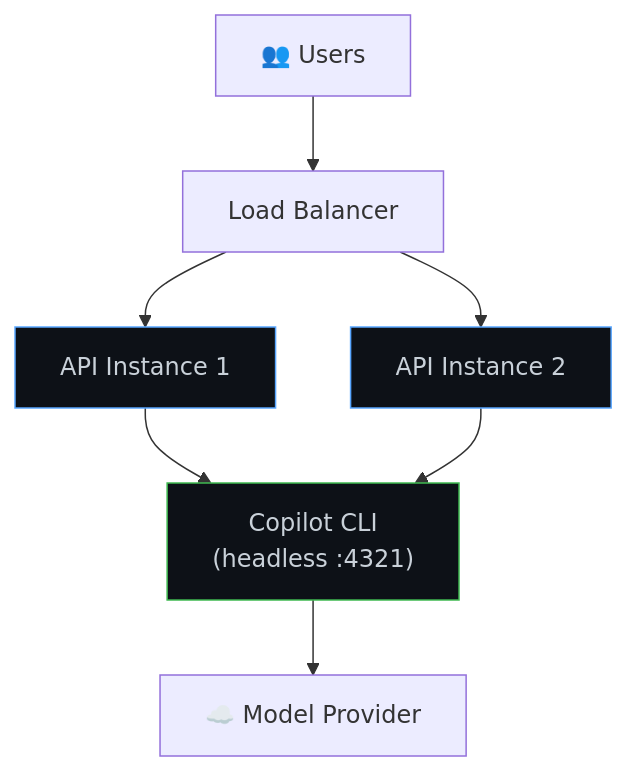
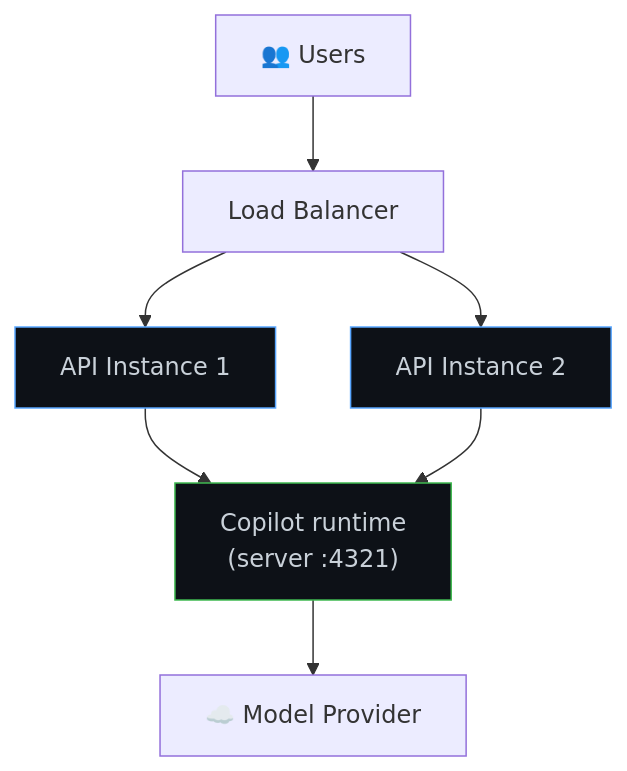
Before and after one commit to jeremiahjordanisaacson/copilot-sdk-supercharged: the fourth of 5 diagrams in docs/setup/backend-services.md, drawn with Mermaid. The commit also changed other lines of this file and 35 other files, not shown here.

````diff
--- a/docs/setup/backend-services.md
+++ b/docs/setup/backend-services.md
@@ -507,15 +517,15 @@
 ```mermaid
 flowchart TB
     Users["👥 Users"] --> LB["Load Balancer"]
     LB --> API1["API Instance 1"]
     LB --> API2["API Instance 2"]
 
-    API1 --> CLI["Copilot CLI<br/>(headless :4321)"]
-    API2 --> CLI
+    API1 --> Runtime["Copilot runtime<br/>(server :4321)"]
+    API2 --> Runtime
 
-    CLI --> Cloud["☁️ Model Provider"]
+    Runtime --> Cloud["☁️ Model Provider"]
 
     style API1 fill:#0d1117,stroke:#58a6ff,color:#c9d1d9
     style API2 fill:#0d1117,stroke:#58a6ff,color:#c9d1d9
-    style CLI fill:#0d1117,stroke:#3fb950,color:#c9d1d9
+    style Runtime fill:#0d1117,stroke:#3fb950,color:#c9d1d9
 ```
````
